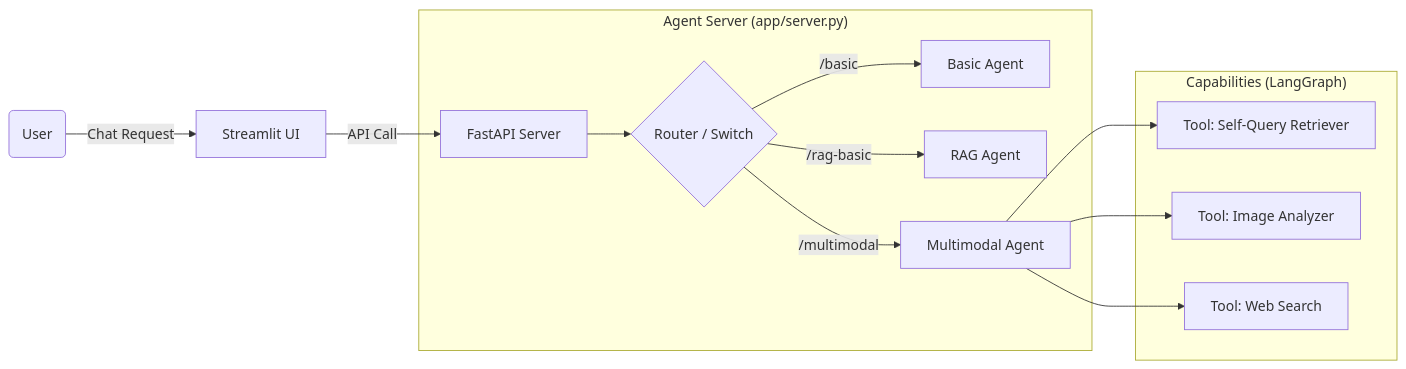
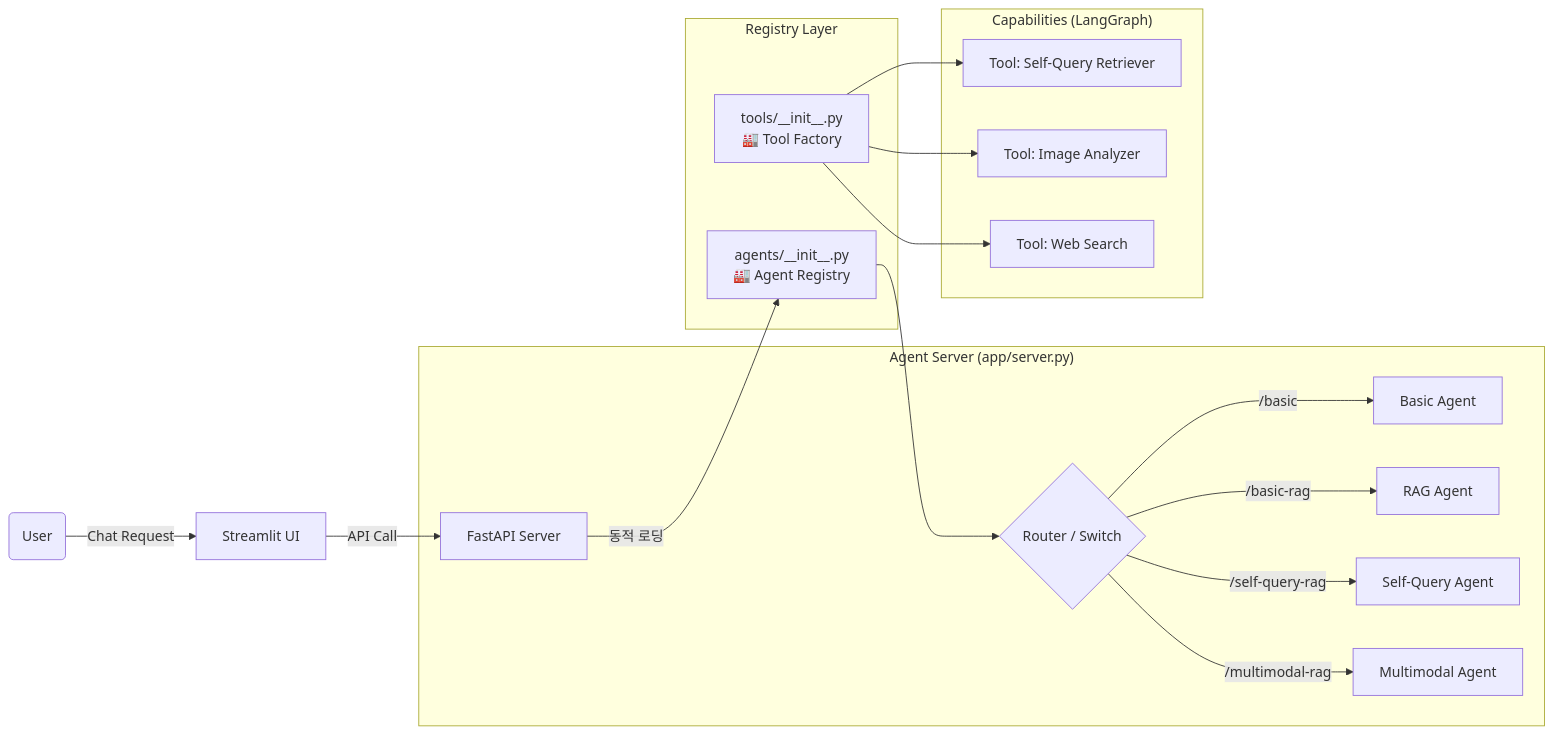
Before and after one commit to hukim1112/llmops_class: the diagram in README.md, drawn with Mermaid. The commit also changed other lines of this file and 11 other files, not shown here.

````diff
--- a/README.md
+++ b/README.md
@@ -38,18 +65,25 @@
 ```mermaid
 graph LR
     User(User) -->|Chat Request| UI[Streamlit UI]
     UI -->|API Call| Server[FastAPI Server]
     
+    subgraph "Registry Layer"
+        AgentRegistry["agents/__init__.py<br/>🏭 Agent Registry"]
+        ToolFactory["tools/__init__.py<br/>🏭 Tool Factory"]
+    end
+    
     subgraph "Agent Server (app/server.py)"
-        Server --> Router{Router / Switch}
+        Server -->|동적 로딩| AgentRegistry
+        AgentRegistry --> Router{Router / Switch}
         Router -->|/basic| Agent1[Basic Agent]
-        Router -->|/rag-basic| Agent2[RAG Agent]
-        Router -->|/multimodal| Agent3[Multimodal Agent]
+        Router -->|/basic-rag| Agent2[RAG Agent]
+        Router -->|/self-query-rag| Agent3[Self-Query Agent]
+        Router -->|/multimodal-rag| Agent4[Multimodal Agent]
     end
     
     subgraph "Capabilities (LangGraph)"
-        Agent3 --> Tool1[Tool: Self-Query Retriever]
-        Agent3 --> Tool2[Tool: Image Analyzer]
-        Agent3 --> Tool3[Tool: Web Search]
+        ToolFactory --> Tool1[Tool: Self-Query Retriever]
+        ToolFactory --> Tool2[Tool: Image Analyzer]
+        ToolFactory --> Tool3[Tool: Web Search]
     end
 ```
````
